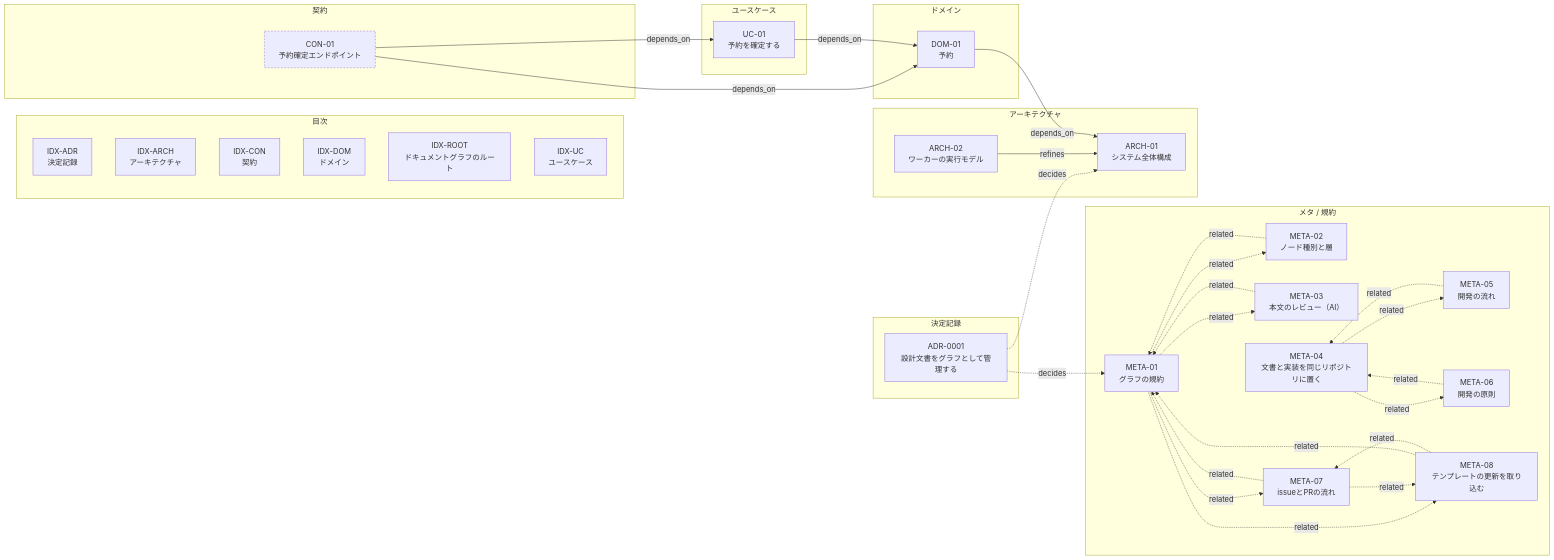
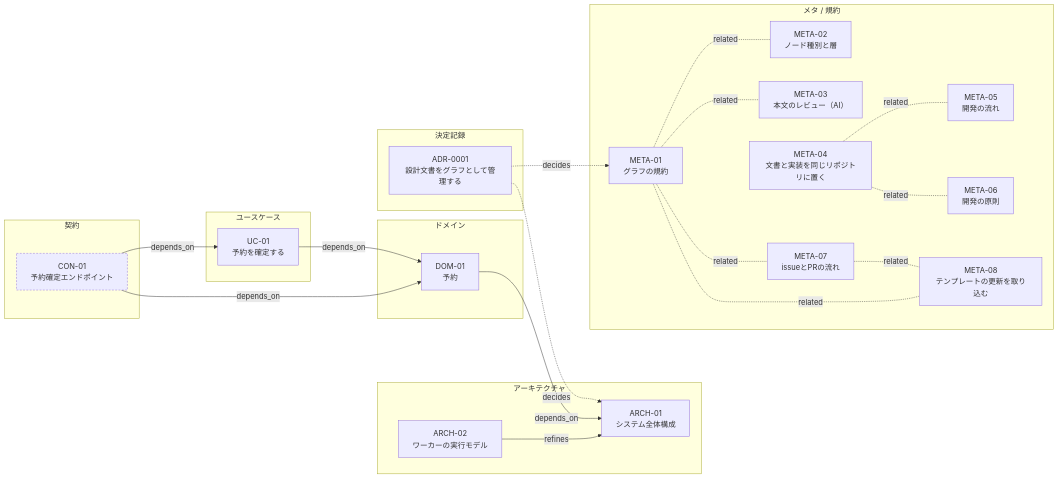
The diagram in README.md (setopic/gacha-monitor), drawn with Mermaid before and after one commit.

Commit message:
chore: READMEの図を1.47.0のrender出力に合わせて更新する

````diff
--- a/README.md
+++ b/README.md
@@ -102,61 +102,46 @@
 ```mermaid
 graph LR
-  subgraph index["目次"]
-    IDX-ADR["IDX-ADR<br/>決定記録"]
-    IDX-ARCH["IDX-ARCH<br/>アーキテクチャ"]
-    IDX-CON["IDX-CON<br/>契約"]
-    IDX-DOM["IDX-DOM<br/>ドメイン"]
-    IDX-ROOT["IDX-ROOT<br/>ドキュメントグラフのルート"]
-    IDX-UC["IDX-UC<br/>ユースケース"]
-  end
   subgraph meta["メタ / 規約"]
     META-01["META-01<br/>グラフの規約"]
     META-02["META-02<br/>ノード種別と層"]
     META-03["META-03<br/>本文のレビュー（AI）"]
     META-04["META-04<br/>文書と実装を同じリポジトリに置く"]
     META-05["META-05<br/>開発の流れ"]
     META-06["META-06<br/>開発の原則"]
     META-07["META-07<br/>issueとPRの流れ"]
     META-08["META-08<br/>テンプレートの更新を取り込む"]
   end
   subgraph architecture["アーキテクチャ"]
     ARCH-01["ARCH-01<br/>システム全体構成"]
     ARCH-02["ARCH-02<br/>ワーカーの実行モデル"]
   end
   subgraph domain["ドメイン"]
     DOM-01["DOM-01<br/>予約"]
   end
   subgraph usecase["ユースケース"]
     UC-01["UC-01<br/>予約を確定する"]
   end
   subgraph contract["契約"]
     CON-01["CON-01<br/>予約確定エンドポイント"]
   end
   subgraph adr["決定記録"]
     ADR-0001["ADR-0001<br/>設計文書をグラフとして管理する"]
   end
   ADR-0001 -.->|decides| META-01
   ADR-0001 -.->|decides| ARCH-01
   ARCH-02 -->|refines| ARCH-01
   CON-01 -->|depends_on| UC-01
   CON-01 -->|depends_on| DOM-01
   DOM-01 -->|depends_on| ARCH-01
-  META-01 -.->|related| META-02
-  META-01 -.->|related| META-03
-  META-01 -.->|related| META-07
-  META-01 -.->|related| META-08
-  META-02 -.->|related| META-01
-  META-03 -.->|related| META-01
-  META-04 -.->|related| META-05
-  META-04 -.->|related| META-06
-  META-05 -.->|related| META-04
-  META-06 -.->|related| META-04
-  META-07 -.->|related| META-01
-  META-07 -.->|related| META-08
-  META-08 -.->|related| META-01
-  META-08 -.->|related| META-07
+  META-01 -.-|related| META-02
+  META-01 -.-|related| META-03
+  META-01 -.-|related| META-07
+  META-01 -.-|related| META-08
+  META-04 -.-|related| META-05
+  META-04 -.-|related| META-06
+  META-07 -.-|related| META-08
   UC-01 -->|depends_on| DOM-01
   classDef draft stroke-dasharray: 4\,3;
   classDef deprecated opacity:0.5;
   class CON-01 draft;
 ```
````
